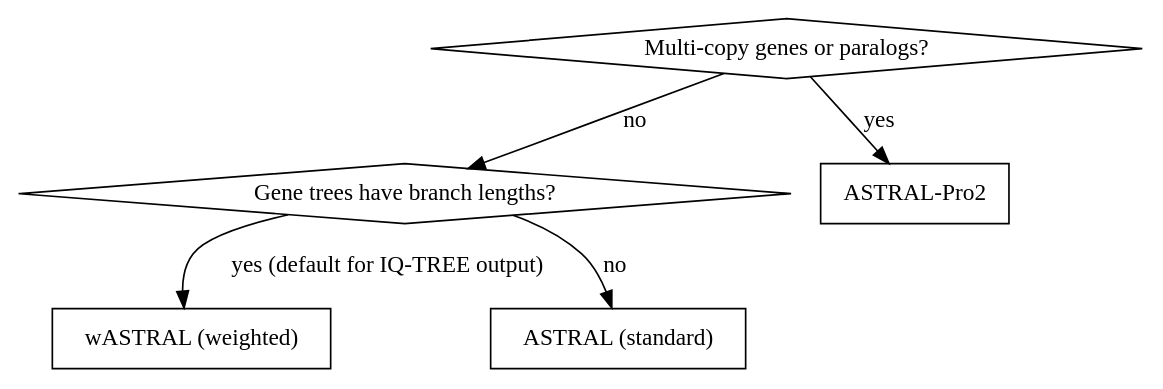
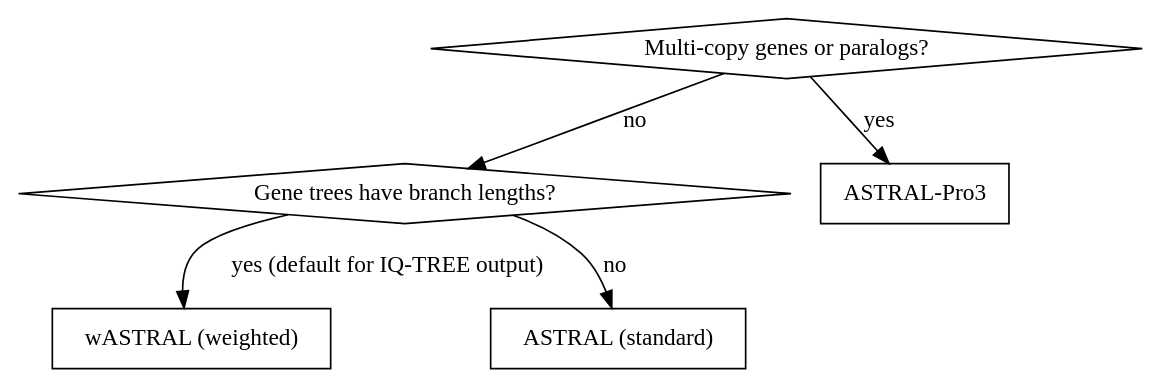
The second of 2 diagrams in skills/phylo-tree-inference/SKILL.md (bingli8899/PhyloSkills), drawn with Graphviz before and after one commit. The commit also changed other lines of this file and 18 other files, not shown here.

````diff
--- a/skills/phylo-tree-inference/SKILL.md
+++ b/skills/phylo-tree-inference/SKILL.md
@@ -80,14 +80,14 @@
 ```dot
 digraph aster_choice {
     "Multi-copy genes or paralogs?" [shape=diamond];
     "Gene trees have branch lengths?" [shape=diamond];
-    "ASTRAL-Pro2" [shape=box];
+    "ASTRAL-Pro3" [shape=box];
     "wASTRAL (weighted)" [shape=box];
     "ASTRAL (standard)" [shape=box];
 
-    "Multi-copy genes or paralogs?" -> "ASTRAL-Pro2" [label="yes"];
+    "Multi-copy genes or paralogs?" -> "ASTRAL-Pro3" [label="yes"];
     "Multi-copy genes or paralogs?" -> "Gene trees have branch lengths?" [label="no"];
     "Gene trees have branch lengths?" -> "wASTRAL (weighted)" [label="yes (default for IQ-TREE output)"];
     "Gene trees have branch lengths?" -> "ASTRAL (standard)" [label="no"];
 }
 ```
````
